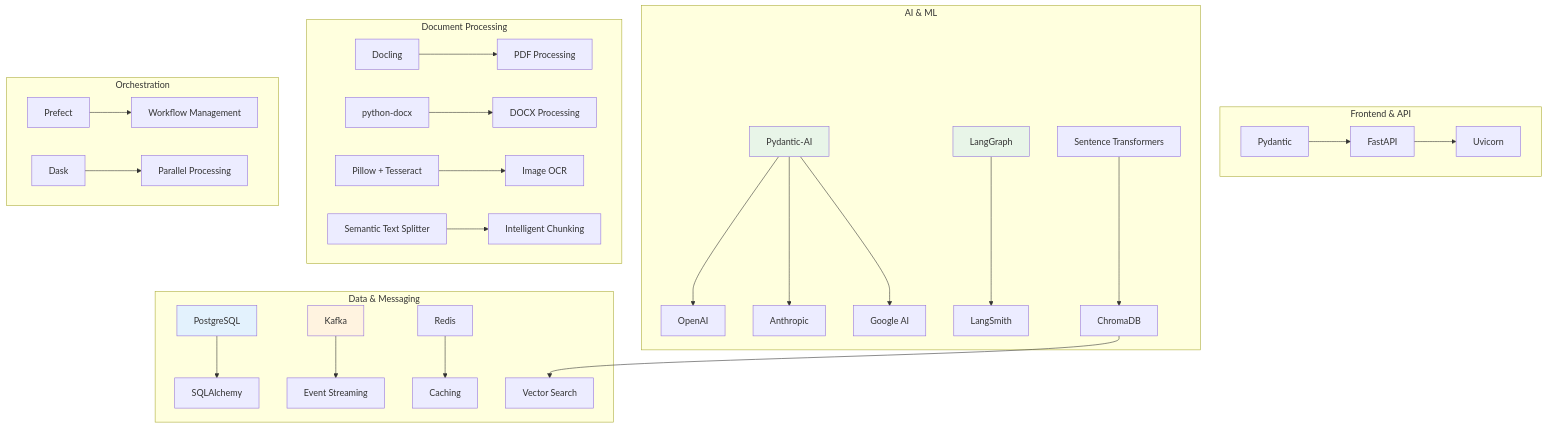
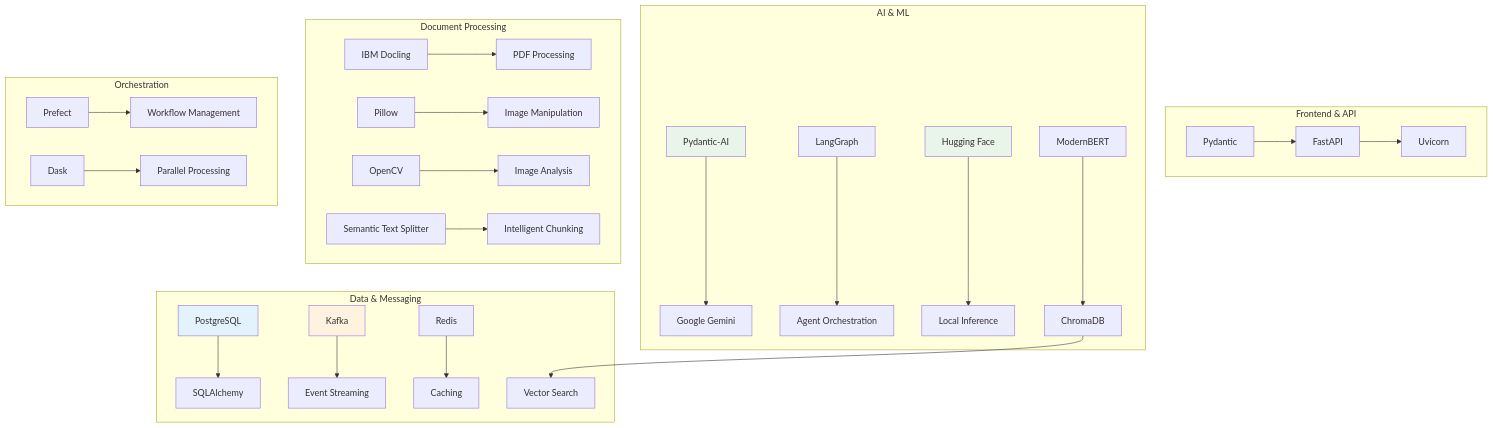
Before and after one commit to h19overflow/scaled_processing: the eighth of 8 diagrams in README.md, drawn with Mermaid. The commit also changed other lines of this file and 13 other files, not shown here.

````diff
--- a/README.md
+++ b/README.md
@@ -436,39 +398,38 @@
 ```mermaid
 graph TB
     subgraph "Frontend & API"
         A[FastAPI] --> B[Uvicorn]
         C[Pydantic] --> A
     end
     
     subgraph "AI & ML"
-        D[Pydantic-AI] --> E[OpenAI]
-        D --> F[Anthropic]
-        D --> G[Google AI]
-        H[LangGraph] --> I[LangSmith]
-        J[Sentence Transformers] --> K[ChromaDB]
+        D[Pydantic-AI] --> E[Google Gemini]
+        F[LangGraph] --> G[Agent Orchestration]
+        H[Hugging Face] --> I[Local Inference]
+        J[ModernBERT] --> K[ChromaDB]
     end
     
     subgraph "Document Processing"
-        L[Docling] --> M[PDF Processing]
-        N[python-docx] --> O[DOCX Processing]
-        P[Pillow + Tesseract] --> Q[Image OCR]
+        L[IBM Docling] --> M[PDF Processing]
+        N[Pillow] --> O[Image Manipulation]
+        P[OpenCV] --> Q[Image Analysis]
         R[Semantic Text Splitter] --> S[Intelligent Chunking]
     end
     
     subgraph "Data & Messaging"
         T[PostgreSQL] --> U[SQLAlchemy]
         V[Kafka] --> W[Event Streaming]
         X[Redis] --> Y[Caching]
         K --> Z[Vector Search]
     end
     
     subgraph "Orchestration"
         AA[Prefect] --> BB[Workflow Management]
         CC[Dask] --> DD[Parallel Processing]
     end
     
     style D fill:#e8f5e8
     style H fill:#e8f5e8
     style V fill:#fff3e0
     style T fill:#e3f2fd
 ```
````
